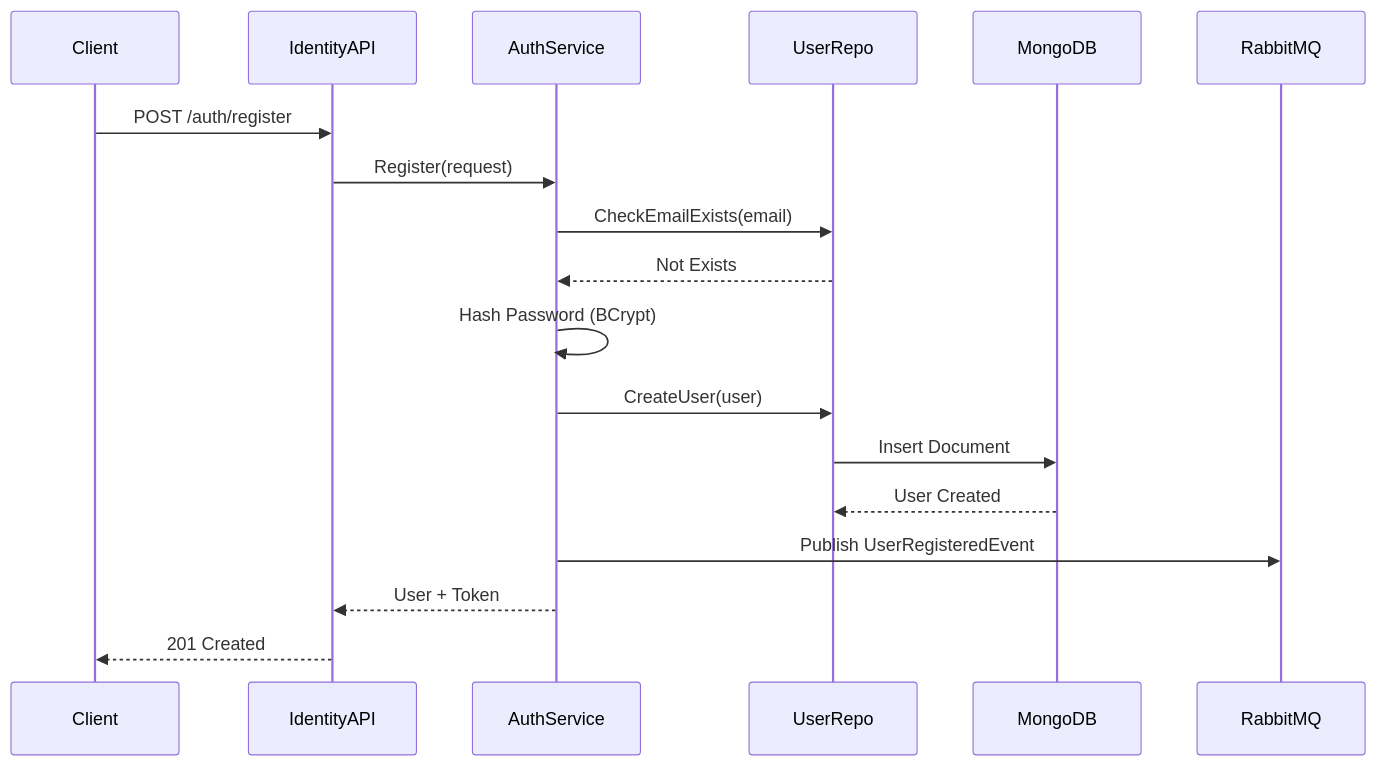
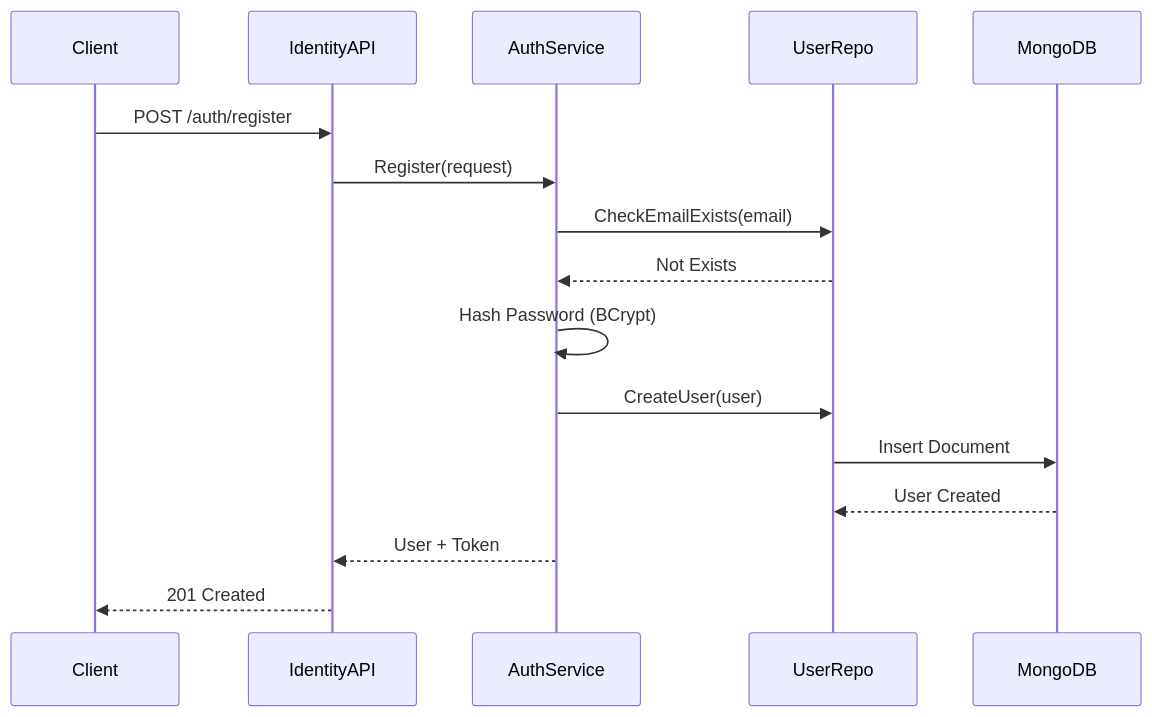
Before and after one commit to joriente/microservices: the third of 4 diagrams in docs/Services/IdentityService.md, drawn with Mermaid. The commit also changed other lines of this file and 7 other files, not shown here.

````diff
--- a/docs/Services/IdentityService.md
+++ b/docs/Services/IdentityService.md
@@ -67,23 +62,21 @@
 ```mermaid
 sequenceDiagram
     participant Client
     participant IdentityAPI
     participant AuthService
     participant UserRepo
     participant MongoDB
-    participant RabbitMQ
     
     Client->>IdentityAPI: POST /auth/register
     IdentityAPI->>AuthService: Register(request)
     AuthService->>UserRepo: CheckEmailExists(email)
     UserRepo-->>AuthService: Not Exists
     
     AuthService->>AuthService: Hash Password (BCrypt)
     AuthService->>UserRepo: CreateUser(user)
     UserRepo->>MongoDB: Insert Document
     MongoDB-->>UserRepo: User Created
     
-    AuthService->>RabbitMQ: Publish UserRegisteredEvent
     AuthService-->>IdentityAPI: User + Token
     IdentityAPI-->>Client: 201 Created
 ```
````
